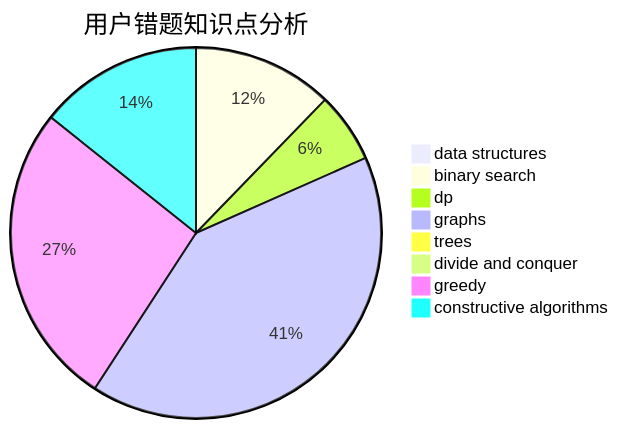
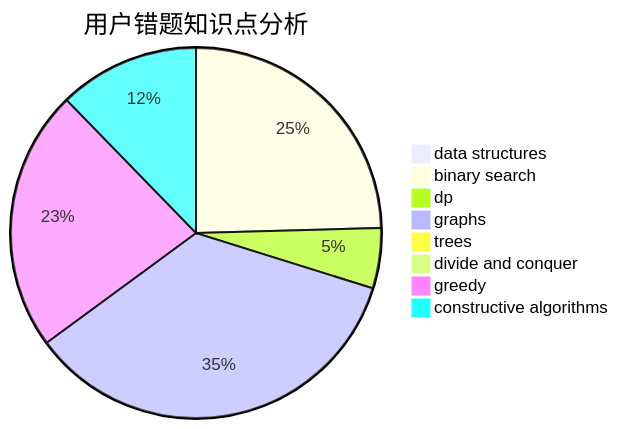
Before and after one commit to sherpahu/cfrs.github.io: the third of 3 diagrams in docs/user/u2370.md, drawn with Mermaid. The commit also changed other lines of this file and 2770 other files, not shown here.

````diff
--- a/docs/user/u2370.md
+++ b/docs/user/u2370.md
@@ -36,11 +36,11 @@
 ```mermaid
 pie title 用户错题知识点分析
     "data structures" :  0
-    "binary search" :  6
+    "binary search" :  14
     "dp" :  3
     "graphs" :  20
     "trees" :  0
     "divide and conquer" :  0
     "greedy" :  13
     "constructive algorithms" :  7
 ```
````
